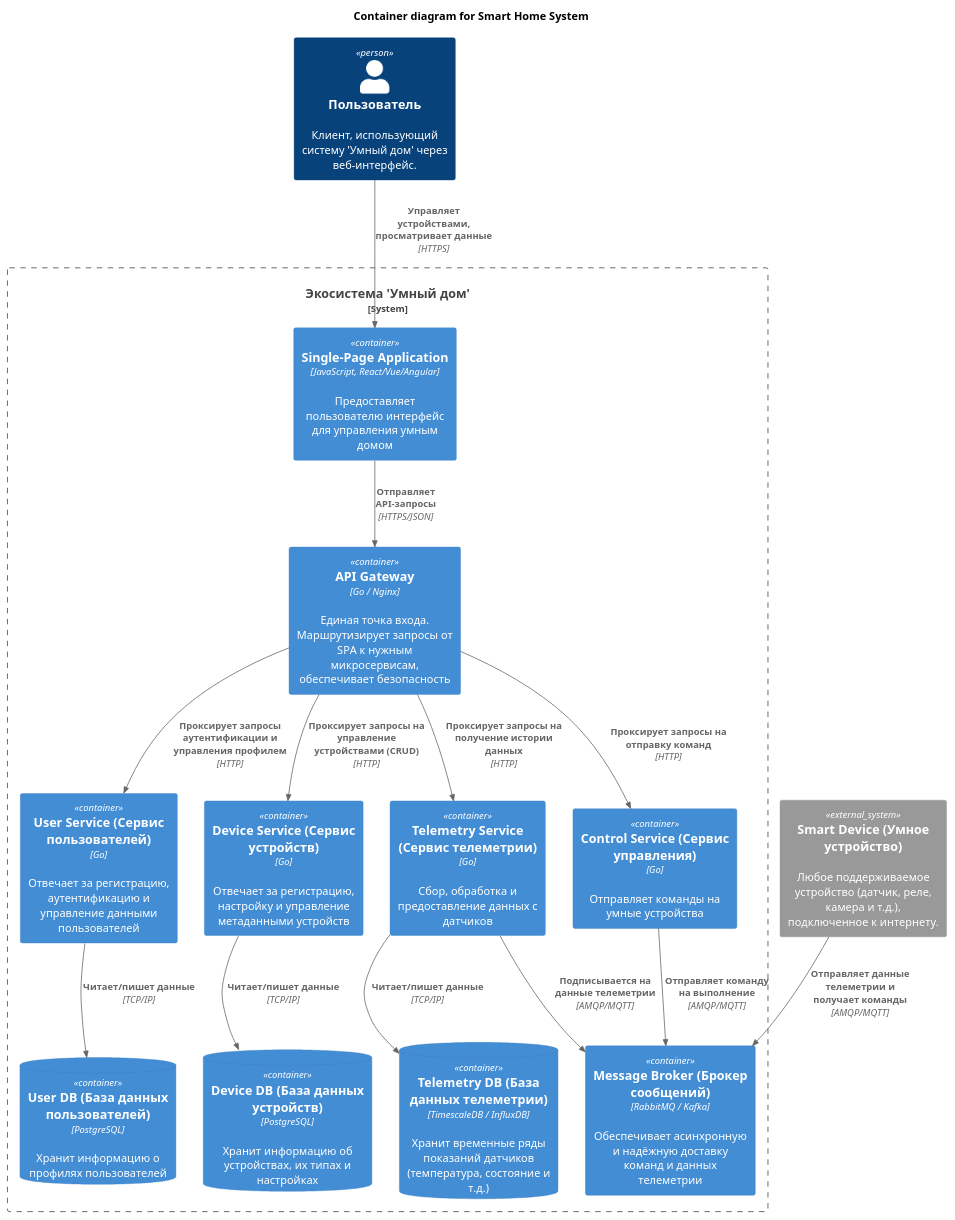
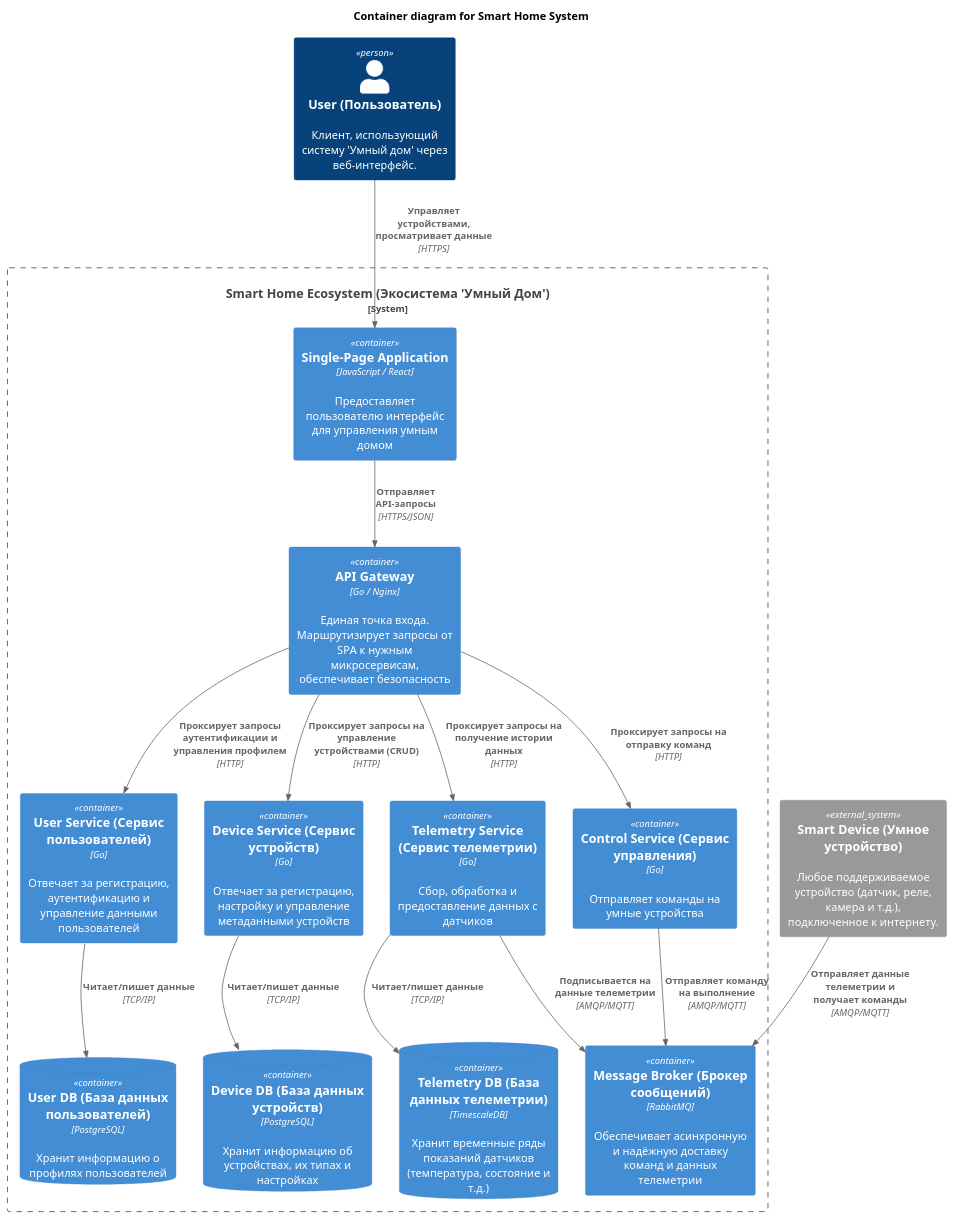
One commit to kotenev/architecture-pro-warmhouse changed the diagram in docs/C4/Container.puml. Above: the diagram before and after it, drawn with PlantUML.

Commit message:
Изменена C4 диаграмма контейнеров

```diff
--- a/docs/C4/Container.puml
+++ b/docs/C4/Container.puml
@@ -1,58 +1,58 @@
 @startuml
 !includeurl https://raw.githubusercontent.com/RicardoNiepel/C4-PlantUML/master/C4_Container.puml
 
 title Container diagram for Smart Home System
 
 ' Определяем действующих лиц и внешние системы
-Person(user, "Пользователь", "Клиент, использующий систему 'Умный дом' через веб-интерфейс.")
+Person(user, "User (Пользователь)", "Клиент, использующий систему 'Умный дом' через веб-интерфейс.")
 System_Ext(smart_device, "Smart Device (Умное устройство)", "Любое поддерживаемое устройство (датчик, реле, камера и т.д.), подключенное к интернету.")
 
 ' Определяем границы системы
-System_Boundary(c1, "Экосистема 'Умный дом'") {
+System_Boundary(c1, "Smart Home Ecosystem (Экосистема 'Умный Дом')") {
 
     ' --- Клиентское приложение ---
-    Container(spa, "Single-Page Application", "JavaScript, React/Vue/Angular", "Предоставляет пользователю интерфейс для управления умным домом")
+    Container(spa, "Single-Page Application", "JavaScript / React", "Предоставляет пользователю интерфейс для управления умным домом")
 
     ' --- Внутренние сервисы (микросервисы) ---
     Container(api_gateway, "API Gateway", "Go / Nginx", "Единая точка входа. Маршрутизирует запросы от SPA к нужным микросервисам, обеспечивает безопасность")
 
     Container(user_service, "User Service (Сервис пользователей)", "Go", "Отвечает за регистрацию, аутентификацию и управление данными пользователей")
     ContainerDb(user_db, "User DB (База данных пользователей)", "PostgreSQL", "Хранит информацию о профилях пользователей")
 
     Container(device_service, "Device Service (Сервис устройств)", "Go", "Отвечает за регистрацию, настройку и управление метаданными устройств")
     ContainerDb(device_db, "Device DB (База данных устройств)", "PostgreSQL", "Хранит информацию об устройствах, их типах и настройках")
 
     Container(telemetry_service, "Telemetry Service (Сервис телеметрии)", "Go", "Сбор, обработка и предоставление данных с датчиков")
-    ContainerDb(telemetry_db, "Telemetry DB (База данных телеметрии)", "TimescaleDB / InfluxDB", "Хранит временные ряды показаний датчиков (температура, состояние и т.д.)")
+    ContainerDb(telemetry_db, "Telemetry DB (База данных телеметрии)", "TimescaleDB", "Хранит временные ряды показаний датчиков (температура, состояние и т.д.)")
 
     Container(control_service, "Control Service (Сервис управления)", "Go", "Отправляет команды на умные устройства")
 
     ' --- Брокер сообщений для асинхронного взаимодействия ---
-    Container(message_broker, "Message Broker (Брокер сообщений)", "RabbitMQ / Kafka", "Обеспечивает асинхронную и надёжную доставку команд и данных телеметрии")
+    Container(message_broker, "Message Broker (Брокер сообщений)", "RabbitMQ", "Обеспечивает асинхронную и надёжную доставку команд и данных телеметрии")
 }
 
 ' --- Определяем связи ---
 
 ' Пользователь и система
 Rel(user, spa, "Управляет устройствами, просматривает данные", "HTTPS")
 Rel(spa, api_gateway, "Отправляет API-запросы", "HTTPS/JSON")
 
 ' API Gateway и внутренние сервисы
 Rel(api_gateway, user_service, "Проксирует запросы аутентификации и управления профилем", "HTTP")
 Rel(api_gateway, device_service, "Проксирует запросы на управление устройствами (CRUD)", "HTTP")
 Rel(api_gateway, telemetry_service, "Проксирует запросы на получение истории данных", "HTTP")
 Rel(api_gateway, control_service, "Проксирует запросы на отправку команд", "HTTP")
 
 ' Связи сервисов с их базами данных
 Rel(user_service, user_db, "Читает/пишет данные", "TCP/IP")
 Rel(device_service, device_db, "Читает/пишет данные", "TCP/IP")
 Rel(telemetry_service, telemetry_db, "Читает/пишет данные", "TCP/IP")
 
 ' Асинхронное взаимодействие через брокер
 Rel(control_service, message_broker, "Отправляет команду на выполнение", "AMQP/MQTT")
 Rel(telemetry_service, message_broker, "Подписывается на данные телеметрии", "AMQP/MQTT")
 
 ' Устройства и система
 Rel(smart_device, message_broker, "Отправляет данные телеметрии и получает команды", "AMQP/MQTT")
 
 @enduml
```
